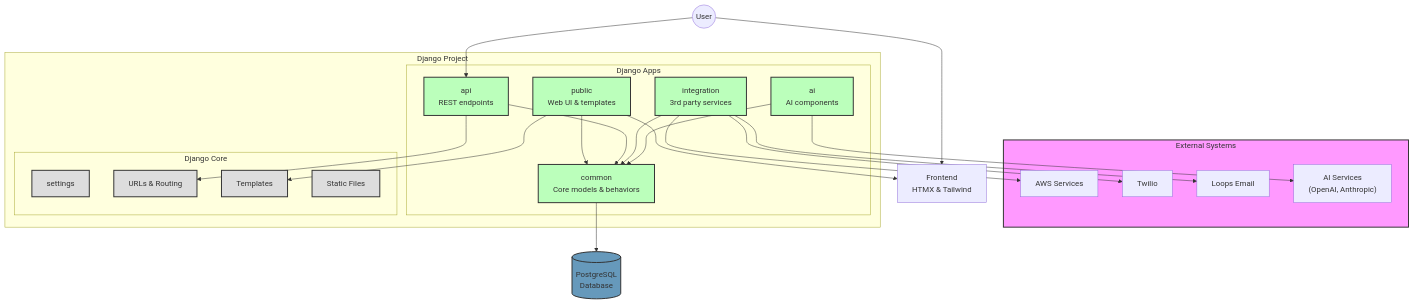
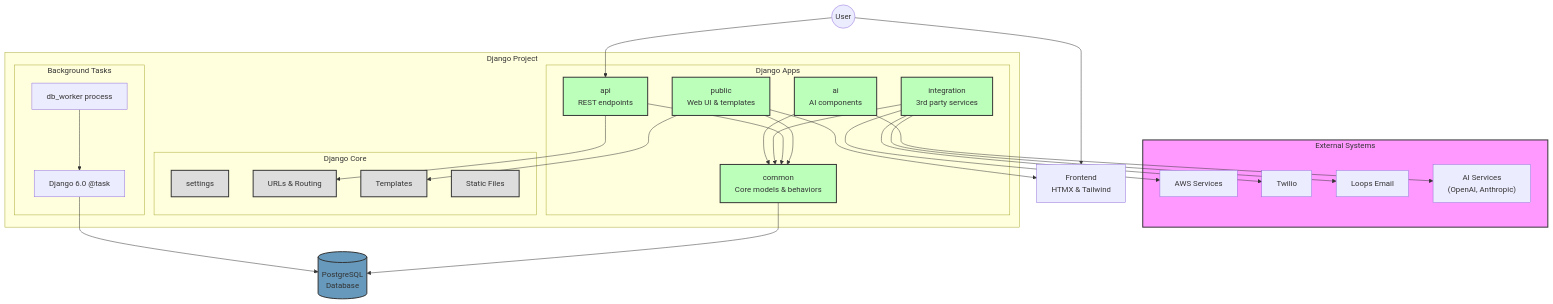
The diagram in docs/ARCHITECTURE.md (tomcounsell/ai), drawn with Mermaid before and after one commit. The commit also changed other lines of this file and 6 other files, not shown here.

First line of the commit message:
Update docs for background task service and Django 6.0

````diff
--- a/docs/ARCHITECTURE.md
+++ b/docs/ARCHITECTURE.md
@@ -17,68 +17,77 @@
 ```mermaid
 graph TD
     %% External Systems
     subgraph External ["External Systems"]
         AWS["AWS Services"]
         Twilio["Twilio"]
         Loops["Loops Email"]
         AI_Services["AI Services<br>(OpenAI, Anthropic)"]
     end
 
     %% Django Layers
     subgraph Django ["Django Project"]
         %% Apps
         subgraph Apps ["Django Apps"]
             Common["common<br>Core models & behaviors"]
             Public["public<br>Web UI & templates"]
             API["api<br>REST endpoints"]
             Integration["integration<br>3rd party services"]
             AI["ai<br>AI components"]
         end
 
         %% Core Framework
         subgraph Core ["Django Core"]
             Settings["settings"]
             URLs["URLs & Routing"]
             Templates["Templates"]
             Static["Static Files"]
         end
+
+        %% Background Tasks
+        subgraph Tasks ["Background Tasks"]
+            TaskFramework["Django 6.0 @task"]
+            Worker["db_worker process"]
+        end
     end
 
     %% Database
     DB[(PostgreSQL<br>Database)]
 
     %% Frontend
     Frontend["Frontend<br>HTMX & Tailwind"]
 
     %% Connections between components
     Common --> DB
     Public --> Common
     API --> Common
     Integration --> Common
     AI --> Common
-    
+
     Integration --> AWS
-    Integration --> Twilio 
+    Integration --> Twilio
     Integration --> Loops
     AI --> AI_Services
-    
+
+    TaskFramework --> DB
+    Worker --> TaskFramework
+
     Public --> Frontend
     Public --> Templates
     API --> URLs
-    
+
     %% User interactions
     User((User)) --> Frontend
     User --> API
 
     %% Style definitions
     classDef external fill:#f9f,stroke:#333,stroke-width:2px;
     classDef database fill:#69b,stroke:#333,stroke-width:2px;
     classDef app fill:#bfb,stroke:#333,stroke-width:2px;
     classDef core fill:#ddd,stroke:#333,stroke-width:2px;
 
     %% Apply styles to nodes
     class External external
     class DB database
     class Common,Public,API,Integration,AI app
     class Settings,URLs,Templates,Static core
 ```
````
